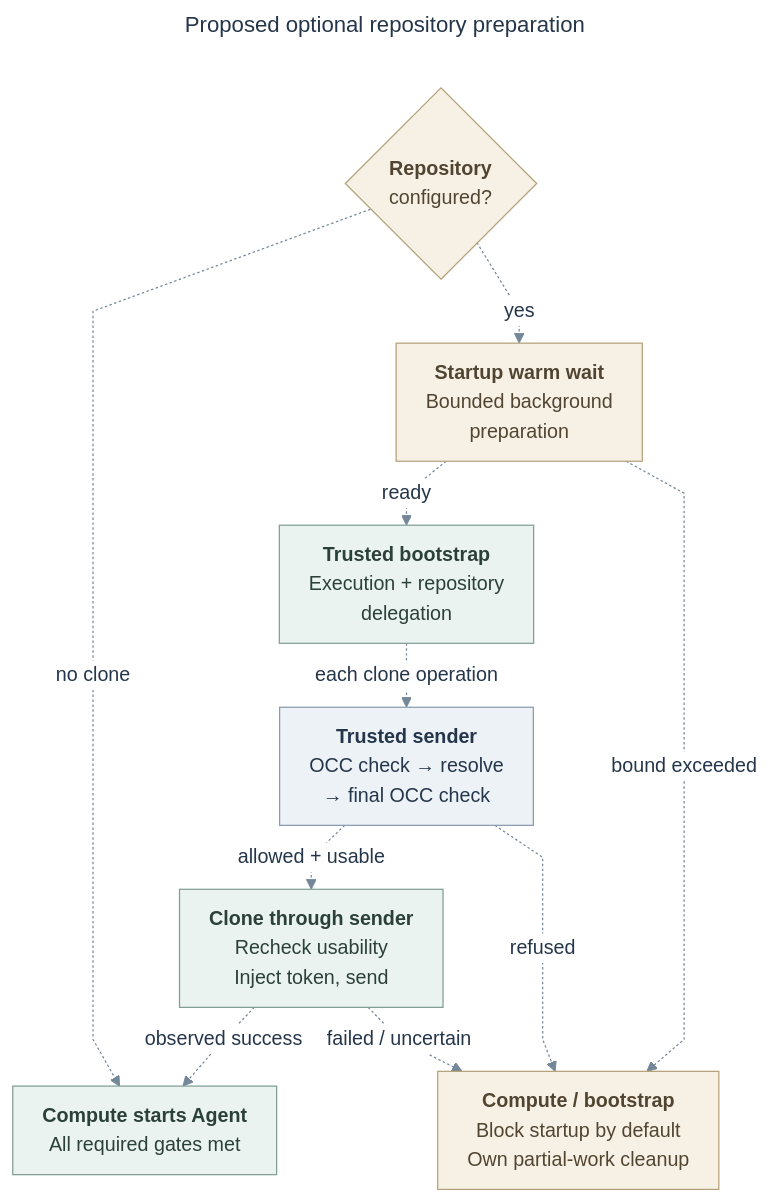
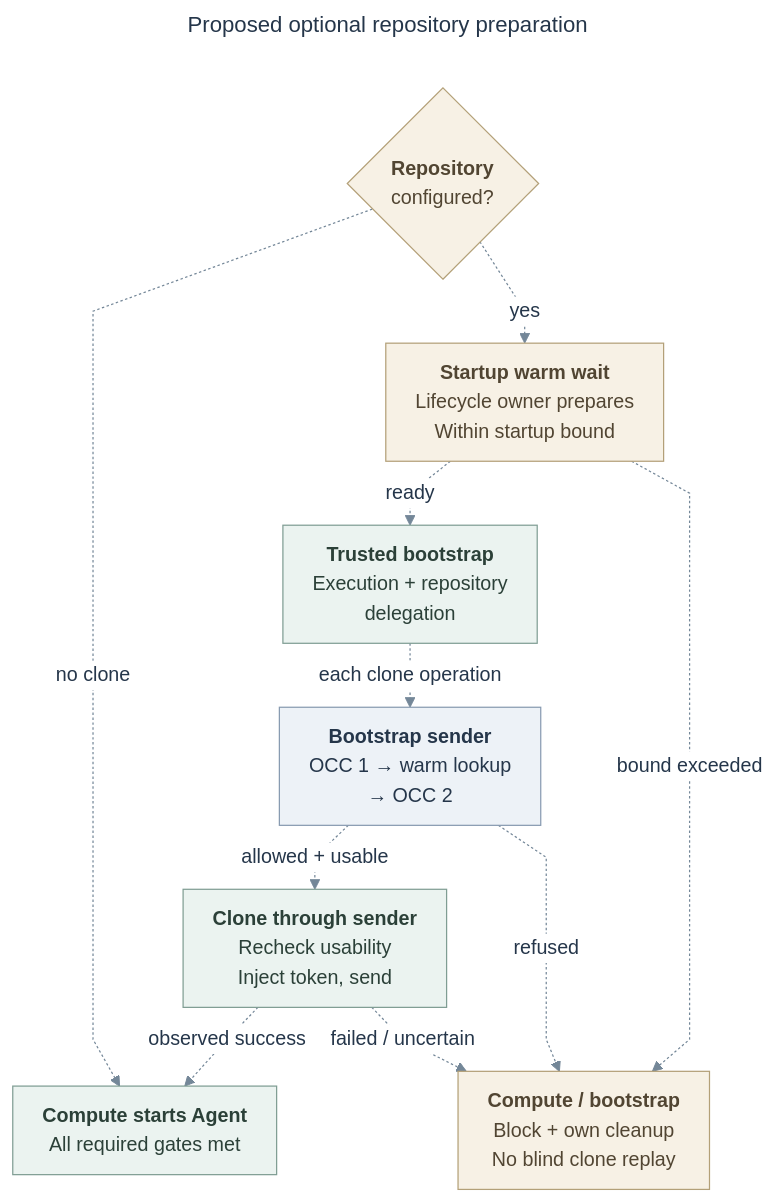
One commit to freeqaz-openai/openclaw-enterprise changed the diagram in specs/rfcs/0019-egress-proxy-credential-lifecycle/assets/clone-startup.mmd. Above: the diagram before and after it, drawn with Mermaid. The commit also changed 20 other files, not shown here.

```diff
--- a/specs/rfcs/0019-egress-proxy-credential-lifecycle/assets/clone-startup.mmd
+++ b/specs/rfcs/0019-egress-proxy-credential-lifecycle/assets/clone-startup.mmd
@@ -1,50 +1,50 @@
 ---
 title: "Proposed optional repository preparation"
 config:
   theme: base
   htmlLabels: true
   themeVariables:
     fontFamily: "Arial, sans-serif"
     fontSize: "16px"
     primaryTextColor: "#25364A"
     lineColor: "#748798"
     edgeLabelBackground: "#FFFFFF"
     clusterBkg: "#FAFBFC"
     clusterBorder: "#D8DEE6"
   flowchart:
     useMaxWidth: false
     curve: linear
     nodeSpacing: 22
     rankSpacing: 28
     padding: 12
     diagramPadding: 12
     subGraphTitleMargin:
       top: 10
       bottom: 14
 ---
 flowchart TB
   Repo{"<b>Repository</b><br/>configured?"}
-  Warm["<b>Startup warm wait</b><br/>Bounded background<br/>preparation"]
+  Warm["<b>Startup warm wait</b><br/>Lifecycle owner prepares<br/>Within startup bound"]
   Bootstrap["<b>Trusted bootstrap</b><br/>Execution + repository<br/>delegation"]
-  Sender["<b>Trusted sender</b><br/>OCC check → resolve<br/>→ final OCC check"]
+  Sender["<b>Bootstrap sender</b><br/>OCC 1 → warm lookup<br/>→ OCC 2"]
   Clone["<b>Clone through sender</b><br/>Recheck usability<br/>Inject token, send"]
   Start["<b>Compute starts Agent</b><br/>All required gates met"]
-  Block["<b>Compute / bootstrap</b><br/>Block startup by default<br/>Own partial-work cleanup"]
+  Block["<b>Compute / bootstrap</b><br/>Block + own cleanup<br/>No blind clone replay"]
   Repo -. no clone .-> Start
   Repo -. yes .-> Warm
   Warm -. ready .-> Bootstrap
   Warm -. bound exceeded .-> Block
   Bootstrap -. each clone operation .-> Sender
   Sender -. allowed + usable .-> Clone
   Sender -. refused .-> Block
   Clone -. observed success .-> Start
   Clone -. failed / uncertain .-> Block
   class Bootstrap,Clone,Start action
   class Sender api
   class Repo,Warm,Block gate
   classDef api fill:#EDF2F7,stroke:#879AB0,color:#25364A,stroke-width:1px
   classDef action fill:#EBF3F0,stroke:#7F9D93,color:#2B4038,stroke-width:1px
   classDef external fill:#F2EDF6,stroke:#A394AF,color:#40354B,stroke-width:1px
   classDef gate fill:#F7F1E5,stroke:#B3A078,color:#514532,stroke-width:1px
   classDef logical fill:#F3F4F6,stroke:#98A2AE,color:#344054,stroke-width:1px,stroke-dasharray:4 4
   linkStyle default stroke:#748798,stroke-width:1px
```
